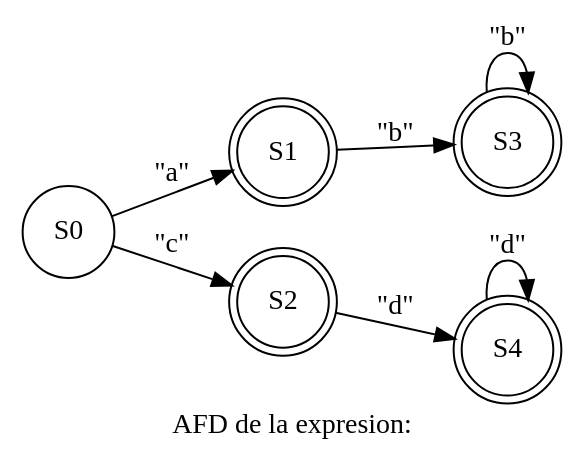
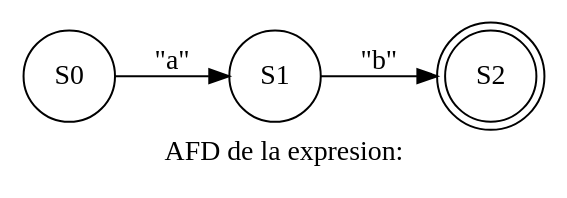
One commit to elimazariegosr/OLC1_Proyecto1_201709426 changed the diagram in OLC_Proyecto1_201709426/bin/Debug/afd_er1.dot. Above: the diagram before and after it, drawn with Graphviz. The commit also changed 28 other files, not shown here.

```diff
--- a/OLC_Proyecto1_201709426/bin/Debug/afd_er1.dot
+++ b/OLC_Proyecto1_201709426/bin/Debug/afd_er1.dot
@@ -1,17 +1,11 @@
 digraph dot{
 rankdir=LR;
  node[shape="circle"];
 label = "AFD de la expresion:";
 S0[label = "S0"];
 S0->S1[label="\"a\""];
-S1[shape = "doublecircle"];S0->S2[label="\"c\""];
-S2[shape = "doublecircle"];S1[label = "S1"];
-S1->S3[label="\"b\""];
-S3[shape = "doublecircle"];S2[label = "S2"];
-S2->S4[label="\"d\""];
-S4[shape = "doublecircle"];S3[label = "S3"];
-S3->S3[label="\"b\""];
-S3[shape = "doublecircle"];S4[label = "S4"];
-S4->S4[label="\"d\""];
-S4[shape = "doublecircle"];
+S1[label = "S1"];
+S1->S2[label="\"b\""];
+S2[shape = "doublecircle"];S2[label = "S2"];
+
 }
```
